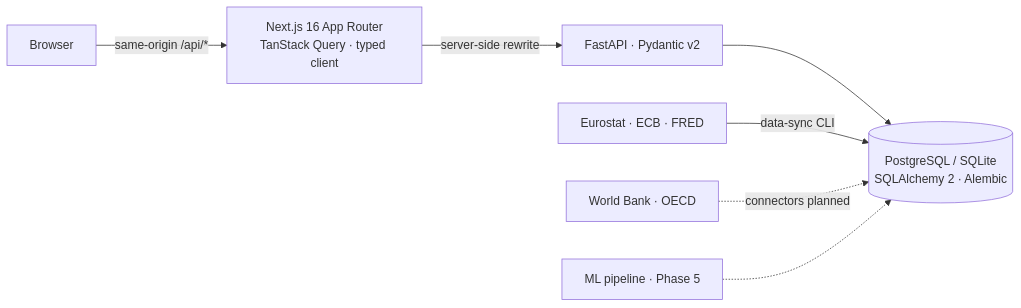
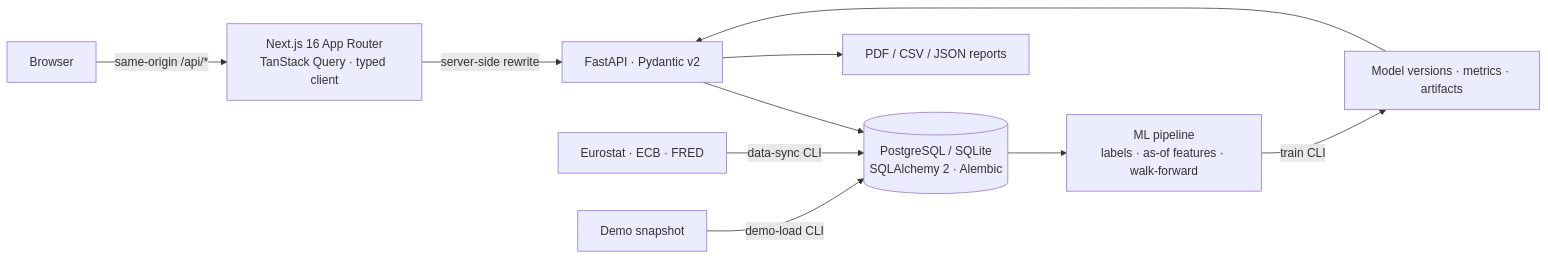
Before and after one commit to tabwwwq/MacroPulseAI: the diagram in README.md, drawn with Mermaid. The commit also changed other lines of this file and 68 other files, not shown here.

````diff
--- a/README.md
+++ b/README.md
@@ -102,9 +110,12 @@
 ```mermaid
 flowchart LR
   B[Browser] -->|same-origin /api/*| W[Next.js 16 App Router<br/>TanStack Query · typed client]
   W -->|server-side rewrite| A[FastAPI · Pydantic v2]
   A --> D[(PostgreSQL / SQLite<br/>SQLAlchemy 2 · Alembic)]
   S[Eurostat · ECB · FRED] -->|data-sync CLI| D
-  S2[World Bank · OECD] -.->|connectors planned| D
-  M[ML pipeline · Phase 5] -.-> D
+  X[Demo snapshot] -->|demo-load CLI| D
+  D --> M[ML pipeline<br/>labels · as-of features · walk-forward]
+  M -->|train CLI| R[Model versions · metrics · artifacts]
+  R --> A
+  A --> P[PDF / CSV / JSON reports]
 ```
````
